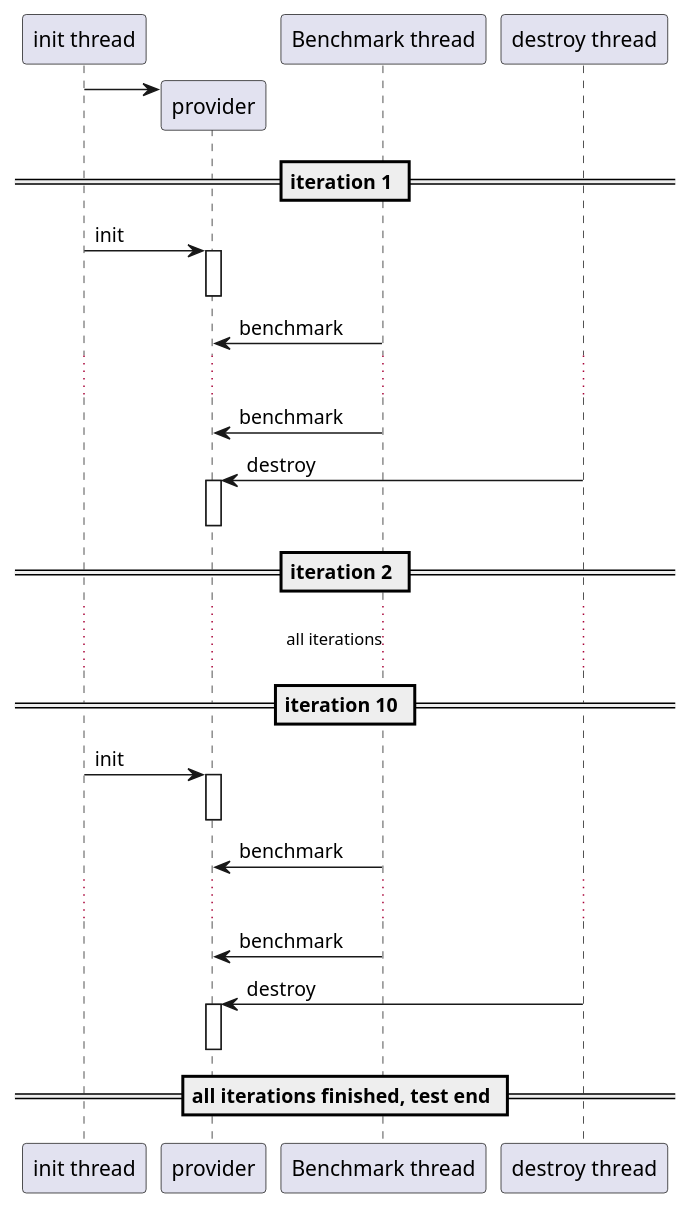
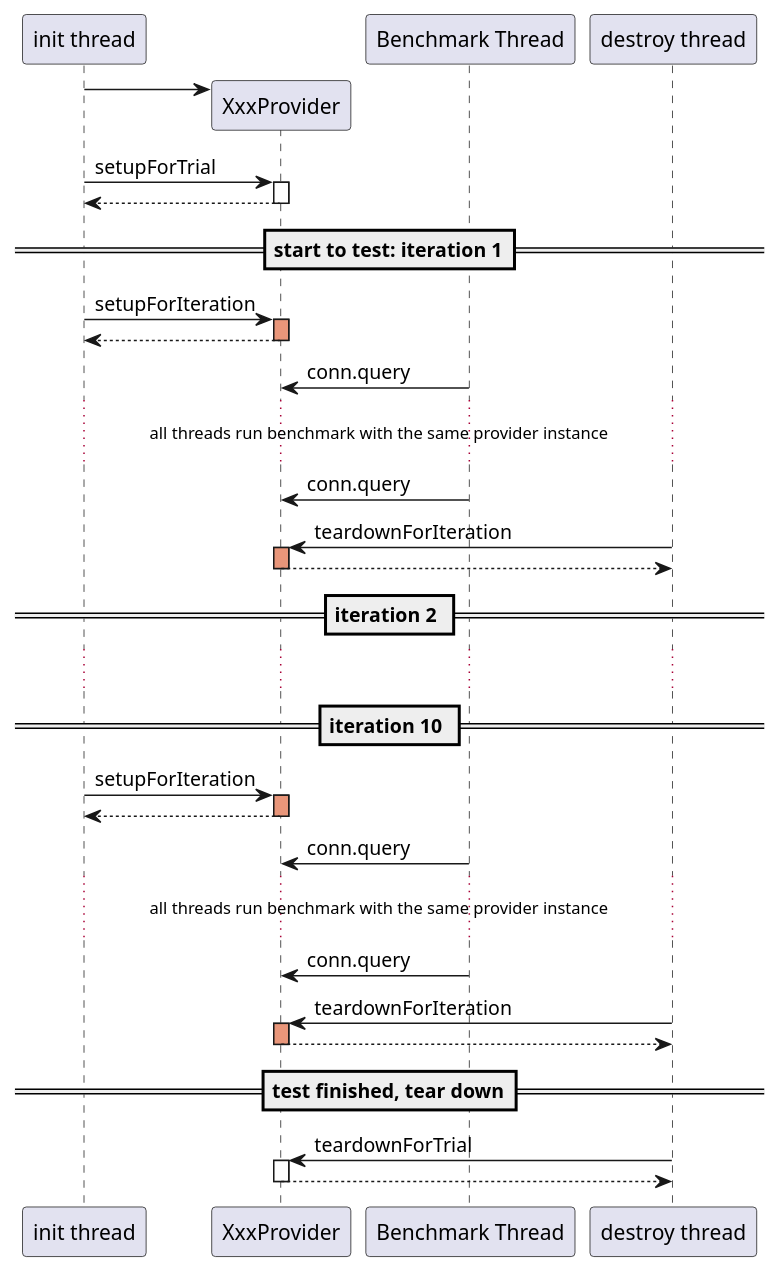
One commit to xnslong/blog changed the diagram in tools/java/JMH-benchmarking.md. Above: the diagram before and after it, drawn with PlantUML. The commit also changed other lines of this file, not shown here.

````diff
--- a/tools/java/JMH-benchmarking.md
+++ b/tools/java/JMH-benchmarking.md
@@ -266,36 +463,46 @@
 ```plantuml
 participant "init thread" as init
-create provider
+create "XxxProvider" as provider
 init -> provider
-
-== iteration 1 ==
-init -> provider: init
+init -> provider: setupForTrial
 activate provider
+init <-- provider
 deactivate provider
 
-"Benchmark thread" as t1 -> provider: benchmark
-...
-t1 -> provider: benchmark
-
-"destroy thread" as destroyer -> provider: destroy
-activate provider
+==start to test: iteration 1==
+init -> provider: setupForIteration
+activate provider #DarkSalmon
+init <-- provider
 deactivate provider
 
+participant "Benchmark Thread" as t1
+t1 -> provider: conn.query
+...all threads run benchmark with the same provider instance...
+t1 -> provider: conn.query
+
+"destroy thread" as destroyer -> provider: teardownForIteration
+activate provider #DarkSalmon
+destroyer <-- provider
+deactivate provider
 == iteration 2 ==
-...all iterations...
+...
 == iteration 10 ==
-
-init -> provider: init
-activate provider
+init -> provider: setupForIteration
+activate provider #DarkSalmon
+init <-- provider
 deactivate provider
 
-t1 -> provider: benchmark
-...
-t1 -> provider: benchmark
+t1 -> provider: conn.query
+...all threads run benchmark with the same provider instance...
+t1 -> provider: conn.query
 
-destroyer -> provider: destroy
+destroyer -> provider: teardownForIteration
+activate provider #DarkSalmon
+destroyer <-- provider
+deactivate provider
+==test finished, tear down==
+destroyer -> provider: teardownForTrial
 activate provider
+destroyer <-- provider
 deactivate provider
-
-== all iterations finished, test end ==
 ```
````
